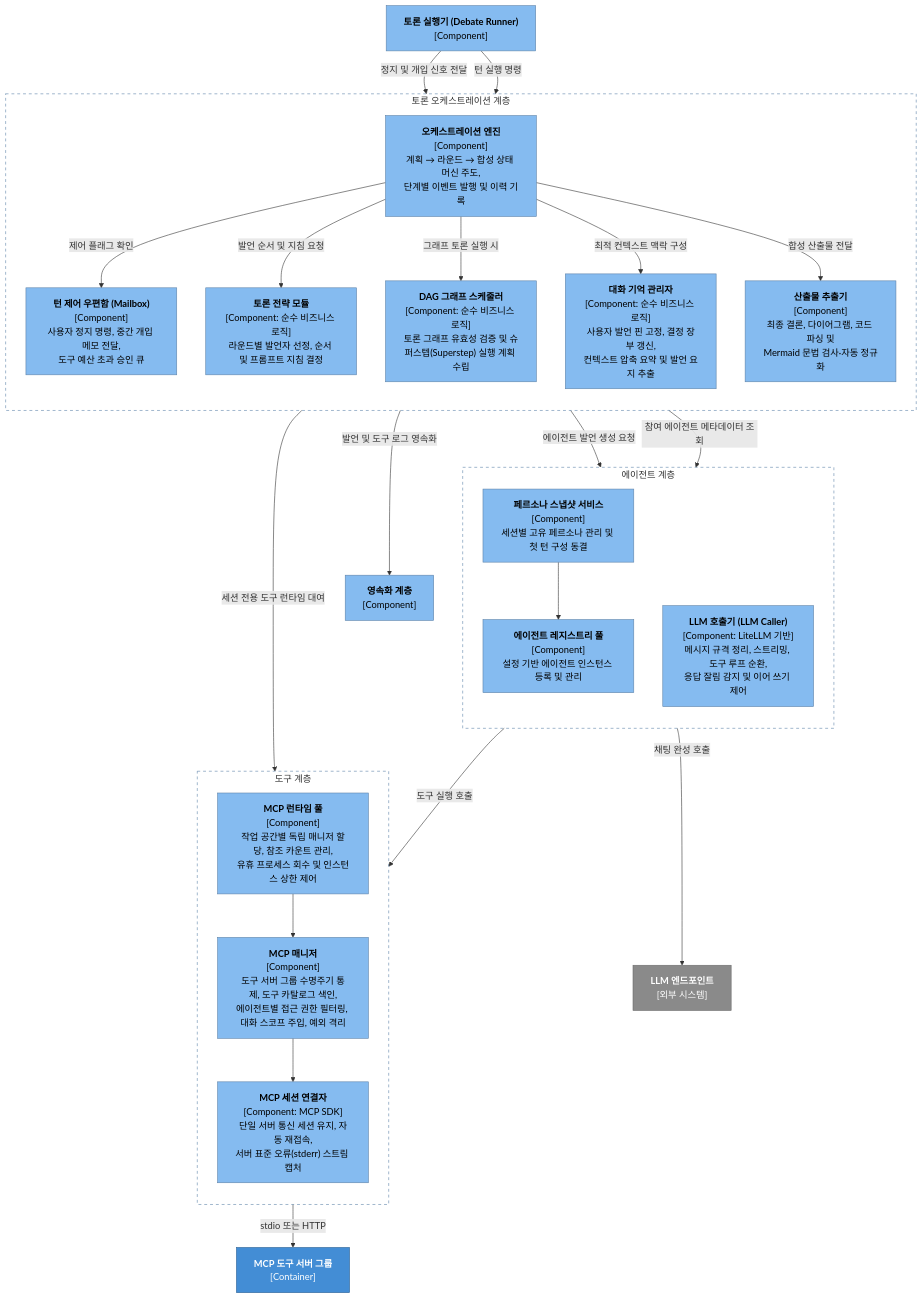
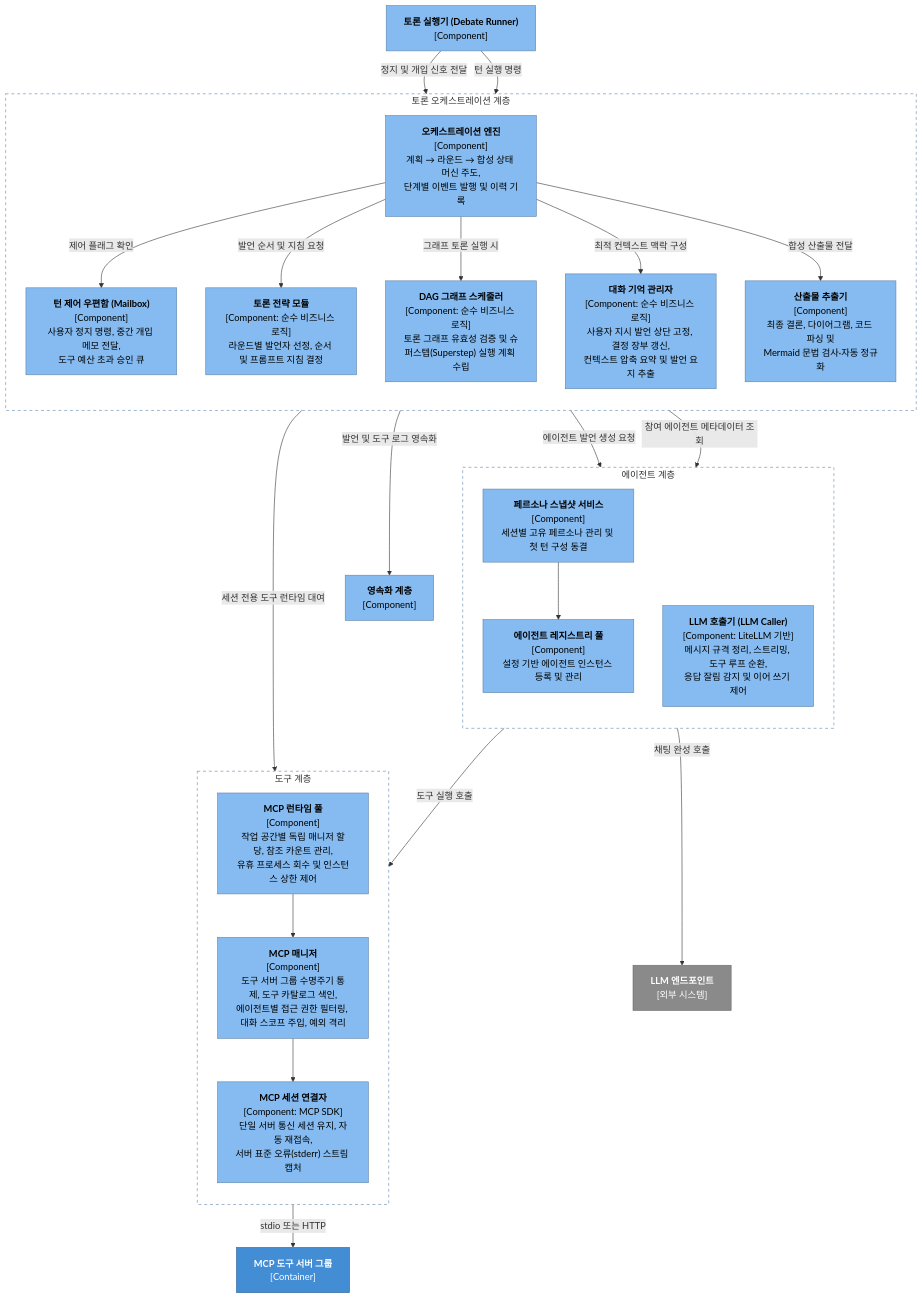
Before and after one commit to HaJaehee/MultiAgentDebateAndOrchestrationPlatform: the fourth of 7 diagrams in lectures/03-architecture/01-static-view.md, drawn with Mermaid. The commit also changed other lines of this file and 55 other files, not shown here.

````diff
--- a/lectures/03-architecture/01-static-view.md
+++ b/lectures/03-architecture/01-static-view.md
@@ -174,60 +174,60 @@
 ```mermaid
 flowchart TB
     runner["<b>토론 실행기 (Debate Runner)</b><br/>[Component]"]
 
     subgraph debate["토론 오케스트레이션 계층"]
         direction TB
         engine["<b>오케스트레이션 엔진</b><br/>[Component]<br/>계획 → 라운드 → 합성 상태 머신 주도,<br/>단계별 이벤트 발행 및 이력 기록"]
         control["<b>턴 제어 우편함 (Mailbox)</b><br/>[Component]<br/>사용자 정지 명령, 중간 개입 메모 전달,<br/>도구 예산 초과 승인 큐"]
         strategy["<b>토론 전략 모듈</b><br/>[Component: 순수 비즈니스 로직]<br/>라운드별 발언자 선정, 순서 및 프롬프트 지침 결정"]
         gsched["<b>DAG 그래프 스케줄러</b><br/>[Component: 순수 비즈니스 로직]<br/>토론 그래프 유효성 검증 및 슈퍼스텝(Superstep) 실행 계획 수립"]
-        memory["<b>대화 기억 관리자</b><br/>[Component: 순수 비즈니스 로직]<br/>사용자 발언 핀 고정, 결정 장부 갱신,<br/>컨텍스트 압축 요약 및 발언 요지 추출"]
+        memory["<b>대화 기억 관리자</b><br/>[Component: 순수 비즈니스 로직]<br/>사용자 지시 발언 상단 고정, 결정 장부 갱신,<br/>컨텍스트 압축 요약 및 발언 요지 추출"]
         artifacts["<b>산출물 추출기</b><br/>[Component]<br/>최종 결론, 다이어그램, 코드 파싱 및<br/>Mermaid 문법 검사·자동 정규화"]
     end
 
     subgraph agents["에이전트 계층"]
         direction TB
         pool["<b>에이전트 레지스트리 풀</b><br/>[Component]<br/>설정 기반 에이전트 인스턴스 등록 및 관리"]
         persona["<b>페르소나 스냅샷 서비스</b><br/>[Component]<br/>세션별 고유 페르소나 관리 및 첫 턴 구성 동결"]
         llm["<b>LLM 호출기 (LLM Caller)</b><br/>[Component: LiteLLM 기반]<br/>메시지 규격 정리, 스트리밍, 도구 루프 순환,<br/>응답 잘림 감지 및 이어 쓰기 제어"]
     end
 
     subgraph tools["도구 계층"]
         direction TB
         rtpool["<b>MCP 런타임 풀</b><br/>[Component]<br/>작업 공간별 독립 매니저 할당, 참조 카운트 관리,<br/>유휴 프로세스 회수 및 인스턴스 상한 제어"]
         mgr["<b>MCP 매니저</b><br/>[Component]<br/>도구 서버 그룹 수명주기 통제, 도구 카탈로그 색인,<br/>에이전트별 접근 권한 필터링, 대화 스코프 주입, 예외 격리"]
         conn["<b>MCP 세션 연결자</b><br/>[Component: MCP SDK]<br/>단일 서버 통신 세션 유지, 자동 재접속,<br/>서버 표준 오류(stderr) 스트림 캡처"]
     end
 
     persist["<b>영속화 계층</b><br/>[Component]"]
     llmext["<b>LLM 엔드포인트</b><br/>[외부 시스템]"]
     servers["<b>MCP 도구 서버 그룹</b><br/>[Container]"]
 
     runner -->|"턴 실행 명령"| engine
     runner -->|"정지 및 개입 신호 전달"| control
     engine -->|"제어 플래그 확인"| control
     engine -->|"발언 순서 및 지침 요청"| strategy
     engine -->|"그래프 토론 실행 시"| gsched
     engine -->|"최적 컨텍스트 맥락 구성"| memory
     engine -->|"합성 산출물 전달"| artifacts
     engine -->|"참여 에이전트 메타데이터 조회"| persona
     persona --> pool
     engine -->|"에이전트 발언 생성 요청"| llm
     engine -->|"세션 전용 도구 런타임 대여"| rtpool
     engine -->|"발언 및 도구 로그 영속화"| persist
     llm -->|"도구 실행 호출"| mgr
     llm -->|"채팅 완성 호출"| llmext
     rtpool --> mgr
     mgr --> conn
     conn -->|"stdio 또는 HTTP"| servers
 
     classDef component fill:#85bbf0,stroke:#5d82a8,color:#000000
     classDef container fill:#438dd5,stroke:#2e6295,color:#ffffff
     classDef external fill:#8a8a8a,stroke:#6b6b6b,color:#ffffff
     class runner,engine,control,strategy,gsched,memory,artifacts,pool,persona,llm,rtpool,mgr,conn,persist component
     class servers container
     class llmext external
     style debate fill:none,stroke:#5d82a8,stroke-dasharray:5 5
     style agents fill:none,stroke:#5d82a8,stroke-dasharray:5 5
     style tools fill:none,stroke:#5d82a8,stroke-dasharray:5 5
 ```
````
